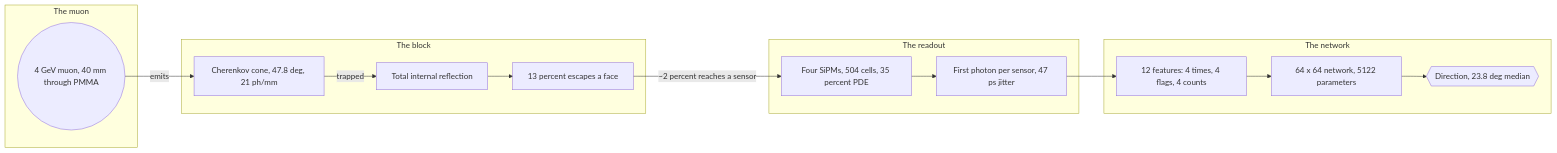
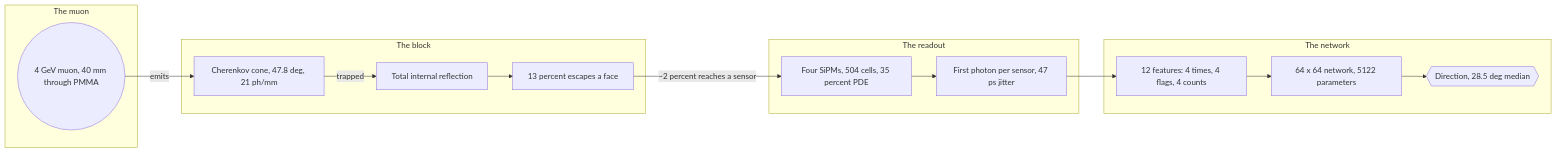
One commit to oskuhansson/CanLab changed the diagram in docs/muon/overview.md. Above: the diagram before and after it, drawn with Mermaid. The commit also changed other lines of this file and 20 other files, not shown here.

````diff
--- a/docs/muon/overview.md
+++ b/docs/muon/overview.md
@@ -31,28 +31,28 @@
 ```mermaid
 flowchart LR
     subgraph G_MUON["The muon"]
         MUON(("4 GeV muon, 40 mm through PMMA"))
     end
     subgraph G_LIGHT["The block"]
         CONE["Cherenkov cone, 47.8 deg, 21 ph/mm"]
         TIR["Total internal reflection"]
         FACE["13 percent escapes a face"]
     end
     subgraph G_SENSOR["The readout"]
         SIPM["Four SiPMs, 504 cells, 35 percent PDE"]
         TDC["First photon per sensor, 47 ps jitter"]
     end
     subgraph G_NET["The network"]
         FEAT["12 features: 4 times, 4 flags, 4 counts"]
         MLP["64 x 64 network, 5122 parameters"]
-        DIR{{"Direction, 23.8 deg median"}}
+        DIR{{"Direction, 28.5 deg median"}}
     end
     MUON -->|"emits"| CONE
     CONE -->|"trapped"| TIR
     TIR --> FACE
     FACE -->|"~2 percent reaches a sensor"| SIPM
     SIPM --> TDC
     TDC --> FEAT
     FEAT --> MLP
     MLP --> DIR
 ```
````
